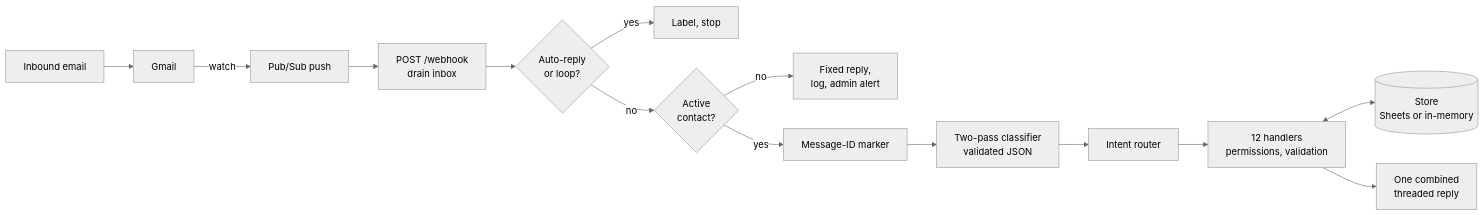
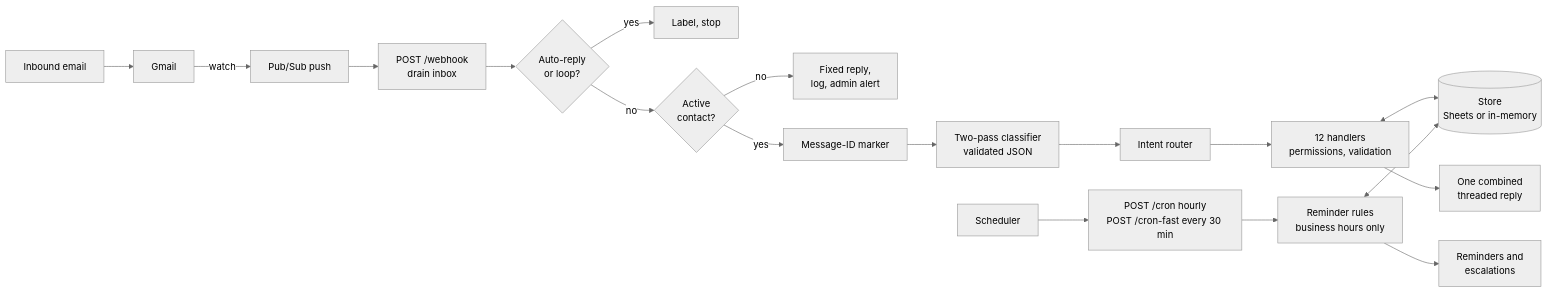
Before and after one commit to mh-husssain/llm-message-gateway: the diagram in README.md, drawn with Mermaid (neutral theme). The commit also changed other lines of this file and 17 other files, not shown here.

First line of the commit message:
Add the reminder and escalation engine behind /cron and /cron-fast

````diff
--- a/README.md
+++ b/README.md
@@ -9,15 +9,19 @@
 ```mermaid
 flowchart LR
     Mail[Inbound email] --> Gmail[Gmail] -- watch --> PS[Pub/Sub push]
     PS --> Hook["POST /webhook<br/>drain inbox"]
     Hook --> Filter{Auto-reply<br/>or loop?}
     Filter -- yes --> Label[Label, stop]
     Filter -- no --> Gate{Active<br/>contact?}
     Gate -- no --> Fixed["Fixed reply,<br/>log, admin alert"]
     Gate -- yes --> Marker[Message-ID marker]
     Marker --> LLM["Two-pass classifier<br/>validated JSON"]
     LLM --> Router[Intent router]
     Router --> H["12 handlers<br/>permissions, validation"]
     H <--> Store[("Store<br/>Sheets or in-memory")]
     H --> Reply["One combined<br/>threaded reply"]
+    Sched[Scheduler] --> Cron["POST /cron hourly<br/>POST /cron-fast every 30 min"]
+    Cron --> Rules["Reminder rules<br/>business hours only"]
+    Rules <--> Store
+    Rules --> Out["Reminders and<br/>escalations"]
 ```
````
